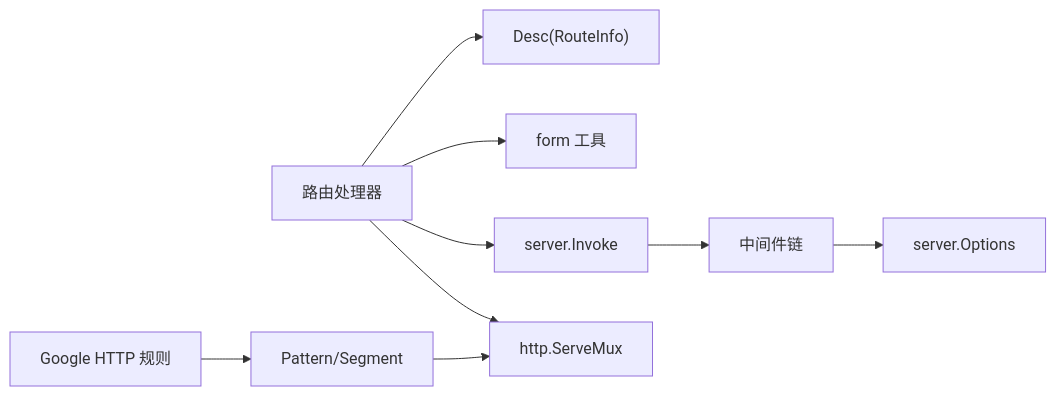
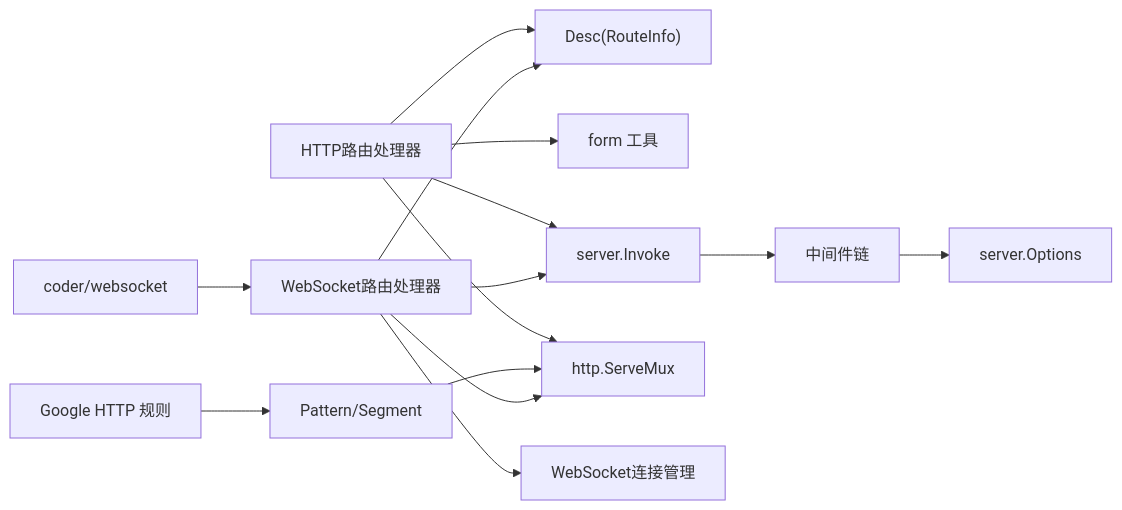
One commit to soyacen/goose changed the tenth of 10 diagrams in .agents/repowiki/zh/content/HTTP 服务器框架/路由管理和处理.md. Above: the diagram before and after it, drawn with Mermaid. The commit also changed other lines of this file and 3 other files, not shown here.

````diff
--- a/.agents/repowiki/zh/content/HTTP 服务器框架/路由管理和处理.md
+++ b/.agents/repowiki/zh/content/HTTP 服务器框架/路由管理和处理.md
@@ -332,11 +464,16 @@
 ```mermaid
 graph LR
-Handler["路由处理器"] --> Desc["Desc(RouteInfo)"]
+Handler["HTTP路由处理器"] --> Desc["Desc(RouteInfo)"]
 Handler --> Form["form 工具"]
 Handler --> Invoke["server.Invoke"]
 Invoke --> MW["中间件链"]
 MW --> Options["server.Options"]
 Handler --> ServeMux["http.ServeMux"]
 Pattern["Pattern/Segment"] --> ServeMux
 HTTPProto["Google HTTP 规则"] --> Pattern
+WSHandler["WebSocket路由处理器"] --> Desc
+WSHandler --> WSConn["WebSocket连接管理"]
+WSHandler --> Invoke
+WSHandler --> ServeMux
+WSLib["coder/websocket"] --> WSHandler
 ```
````
